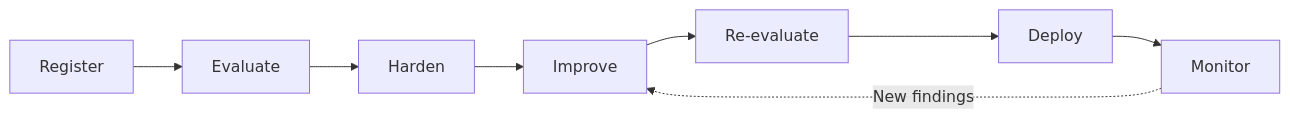
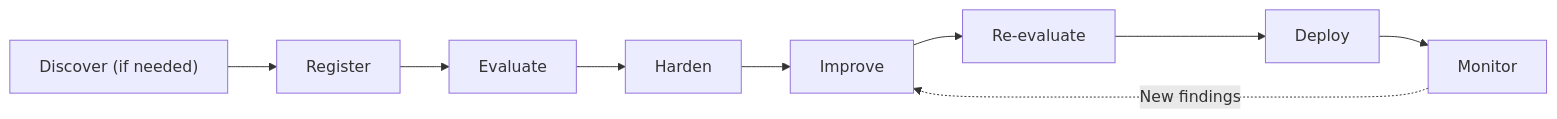
Before and after one commit to vijilAI/docs: the diagram in developer-guide/getting-started/agent-lifecycle-workflow.mdx, drawn with Mermaid. The commit also changed other lines of this file, not shown here.

Commit message:
docs: Add Discover to Agent Lifecycle Workflow (#245)

````diff
--- a/developer-guide/getting-started/agent-lifecycle-workflow.mdx
+++ b/developer-guide/getting-started/agent-lifecycle-workflow.mdx
@@ -14,10 +14,11 @@
 ```mermaid actions={false}
 flowchart LR
+    Discover["Discover (if needed)"] --> Register[Register]
     Register[Register] --> Evaluate[Evaluate]
     Evaluate --> Harden[Harden]
     Harden --> Improve[Improve]
     Improve --> Reevaluate["Re-evaluate"]
     Reevaluate --> Deploy[Deploy]
     Deploy --> Monitor[Monitor]
     Monitor -. New findings .-> Improve
 ```
````
